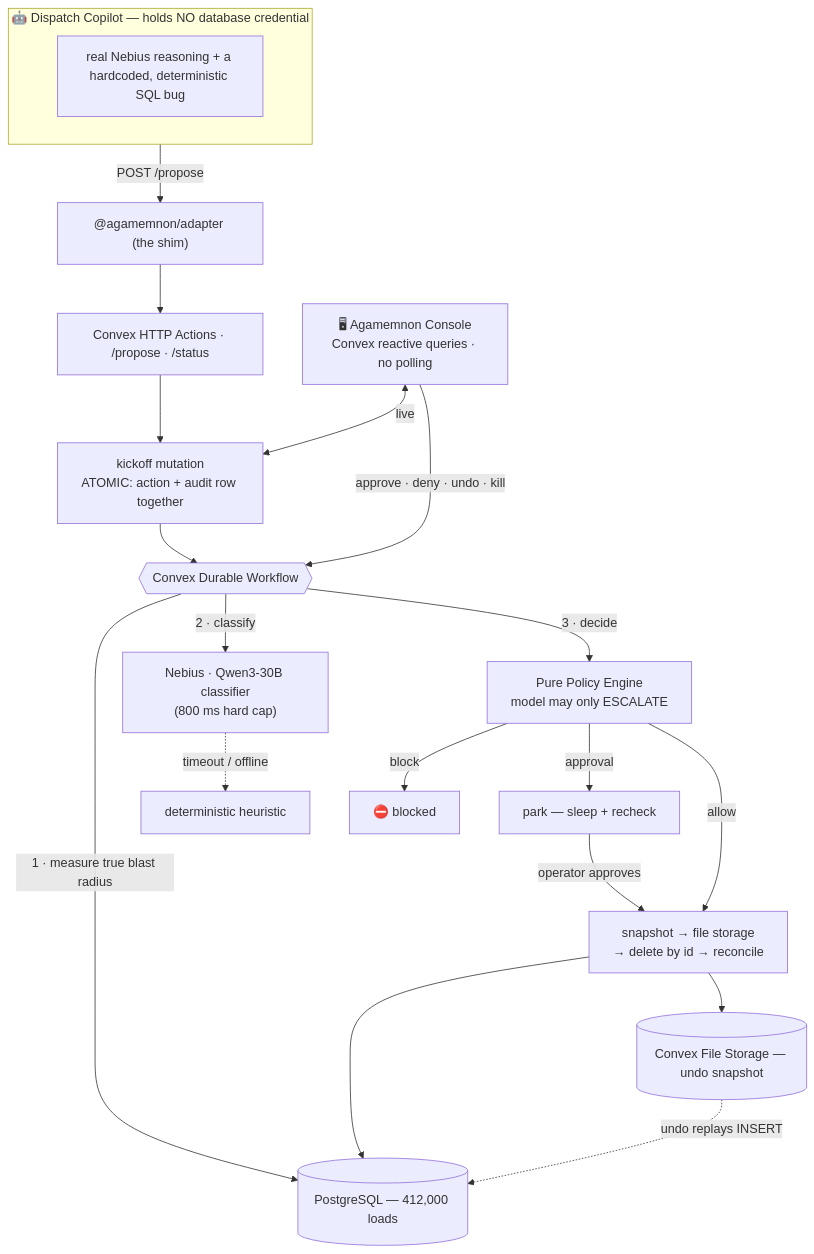
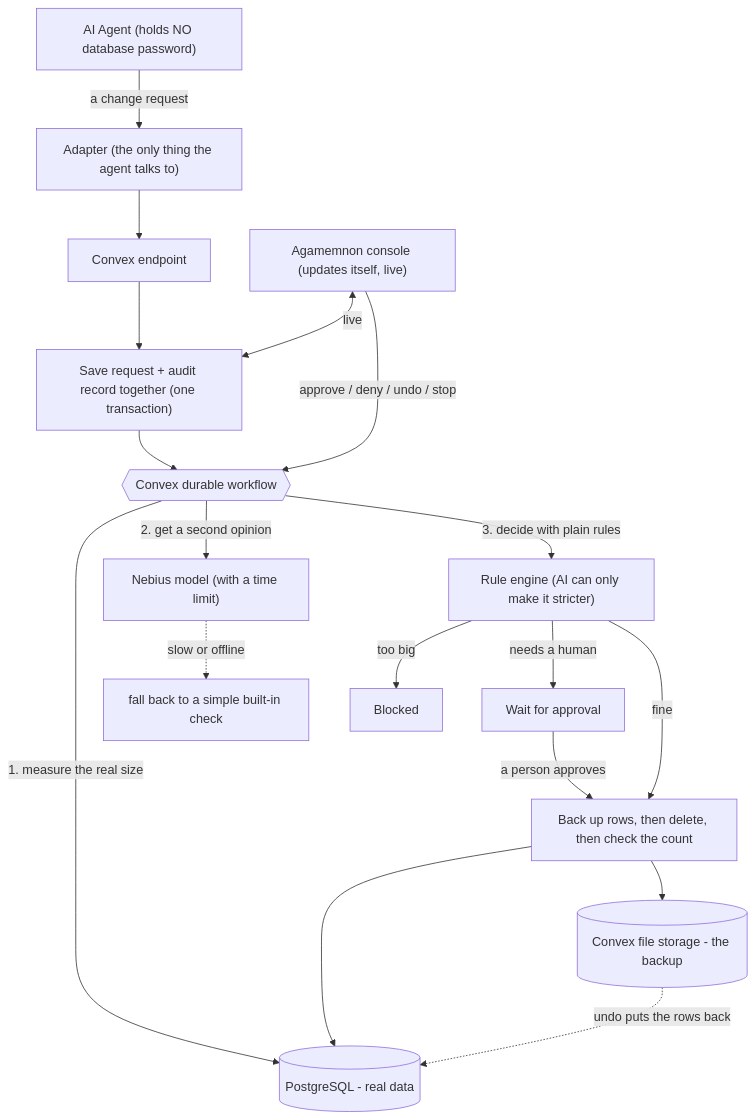
The diagram in README.md (MaranZeal678/agamemnon), drawn with Mermaid before and after one commit. The commit also changed other lines of this file and 4 other files, not shown here.

````diff
--- a/README.md
+++ b/README.md
@@ -108,27 +135,22 @@
 ```mermaid
 flowchart TD
-    subgraph AG["🤖 Dispatch Copilot — holds NO database credential"]
-      R[real Nebius reasoning + a hardcoded, deterministic SQL bug]
-    end
-    AG -->|"POST /propose"| ADP["@agamemnon/adapter (the shim)"]
-    ADP --> HTTP["Convex HTTP Actions · /propose · /status"]
-    HTTP --> KO["kickoff mutation<br/>ATOMIC: action + audit row together"]
-    KO --> WF{{"Convex Durable Workflow"}}
-
-    WF -->|"1 · measure true blast radius"| PG[("PostgreSQL — 412,000 loads")]
-    WF -->|"2 · classify"| NEB["Nebius · Qwen3-30B classifier<br/>(800 ms hard cap)"]
-    NEB -.->|"timeout / offline"| HEU["deterministic heuristic"]
-    WF -->|"3 · decide"| POL["Pure Policy Engine<br/>model may only ESCALATE"]
-
-    POL -->|block| BLK["⛔ blocked"]
-    POL -->|approval| PARK["park — sleep + recheck"]
-    POL -->|allow| EXEC
-    PARK -->|operator approves| EXEC["snapshot → file storage<br/>→ delete by id → reconcile"]
+    AG["AI Agent (holds NO database password)"]
+    AG -->|"a change request"| ADP["Adapter (the only thing the agent talks to)"]
+    ADP --> HTTP["Convex endpoint"]
+    HTTP --> KO["Save request + audit record together (one transaction)"]
+    KO --> WF{{"Convex durable workflow"}}
+    WF -->|"1. measure the real size"| PG[("PostgreSQL - real data")]
+    WF -->|"2. get a second opinion"| NEB["Nebius model (with a time limit)"]
+    NEB -.->|"slow or offline"| HEU["fall back to a simple built-in check"]
+    WF -->|"3. decide with plain rules"| POL["Rule engine (AI can only make it stricter)"]
+    POL -->|"too big"| BLK["Blocked"]
+    POL -->|"needs a human"| PARK["Wait for approval"]
+    POL -->|"fine"| EXEC
+    PARK -->|"a person approves"| EXEC["Back up rows, then delete, then check the count"]
     EXEC --> PG
-    EXEC --> FS[("Convex File Storage — undo snapshot")]
-
-    CON["🖥 Agamemnon Console<br/>Convex reactive queries · no polling"]
-    CON <-->|live| KO
-    CON -->|approve · deny · undo · kill| WF
-    FS -.->|undo replays INSERT| PG
+    EXEC --> FS[("Convex file storage - the backup")]
+    CON["Agamemnon console (updates itself, live)"]
+    CON <-->|"live"| KO
+    CON -->|"approve / deny / undo / stop"| WF
+    FS -.->|"undo puts the rows back"| PG
 ```
````
